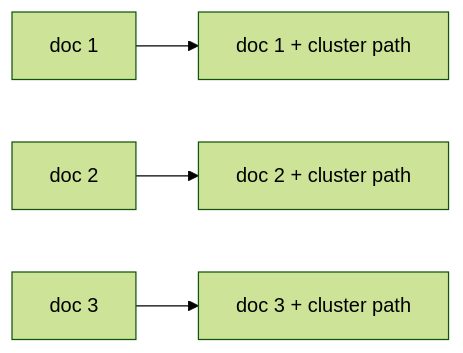
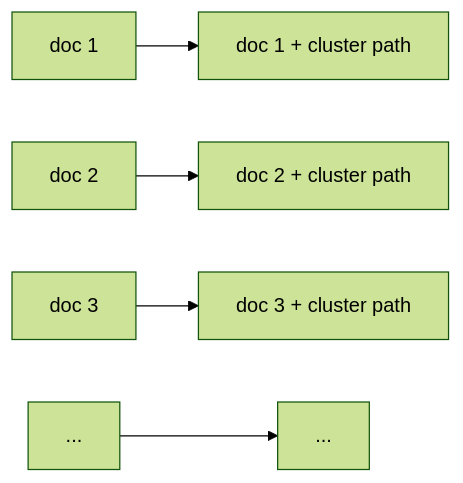
One commit to ucbepic/docetl changed the diagram in docs/operators/cluster.md. Above: the diagram before and after it, drawn with Mermaid (forest theme). The commit also changed 8 other files, not shown here.

First line of the commit message:
Operator diagrams: center, add continuation rows

````diff
--- a/docs/operators/cluster.md
+++ b/docs/operators/cluster.md
@@ -8,6 +8,7 @@
 ```mermaid
 flowchart LR
     d1["doc 1"] --> c1["doc 1 + cluster path"]
     d2["doc 2"] --> c2["doc 2 + cluster path"]
     d3["doc 3"] --> c3["doc 3 + cluster path"]
+    dn["..."] --> cn["..."]
 ```
````
